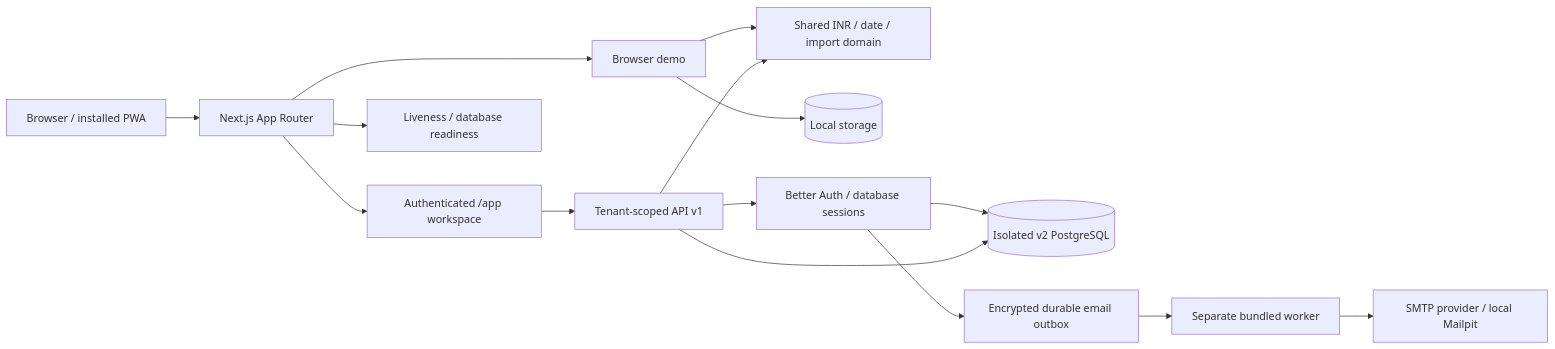
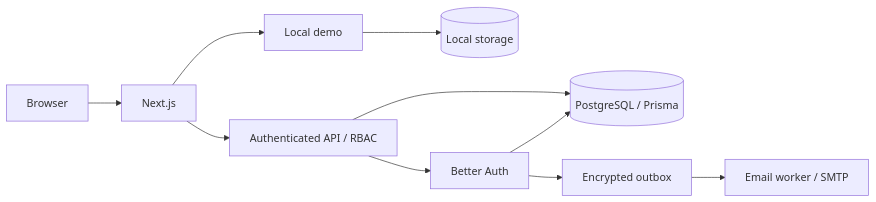
One commit to Thippeswamykr1204/FinSight changed the diagram in README.md. Above: the diagram before and after it, drawn with Mermaid. The commit also changed other lines of this file, not shown here.

````diff
--- a/README.md
+++ b/README.md
@@ -126,17 +105,12 @@
 ```mermaid
 flowchart LR
-  Browser[Browser / installed PWA] --> Next[Next.js App Router]
-  Next --> Demo[Browser demo]
-  Demo --> Domain[Shared INR / date / import domain]
+  Browser[Browser] --> Next[Next.js]
+  Next --> Demo[Local demo]
   Demo --> Local[(Local storage)]
-  Next --> Hosted[Authenticated /app workspace]
-  Hosted --> API[Tenant-scoped API v1]
-  API --> Auth[Better Auth / database sessions]
-  Auth --> DB[(Isolated v2 PostgreSQL)]
-  API --> DB
-  API --> Domain
-  Auth --> Queue[Encrypted durable email outbox]
-  Queue --> Worker[Separate bundled worker]
-  Worker --> SMTP[SMTP provider / local Mailpit]
-  Next --> Health[Liveness / database readiness]
+  Next --> API[Authenticated API / RBAC]
+  API --> DB[(PostgreSQL / Prisma)]
+  API --> Auth[Better Auth]
+  Auth --> DB
+  Auth --> Outbox[Encrypted outbox]
+  Outbox --> Worker[Email worker / SMTP]
 ```
````
